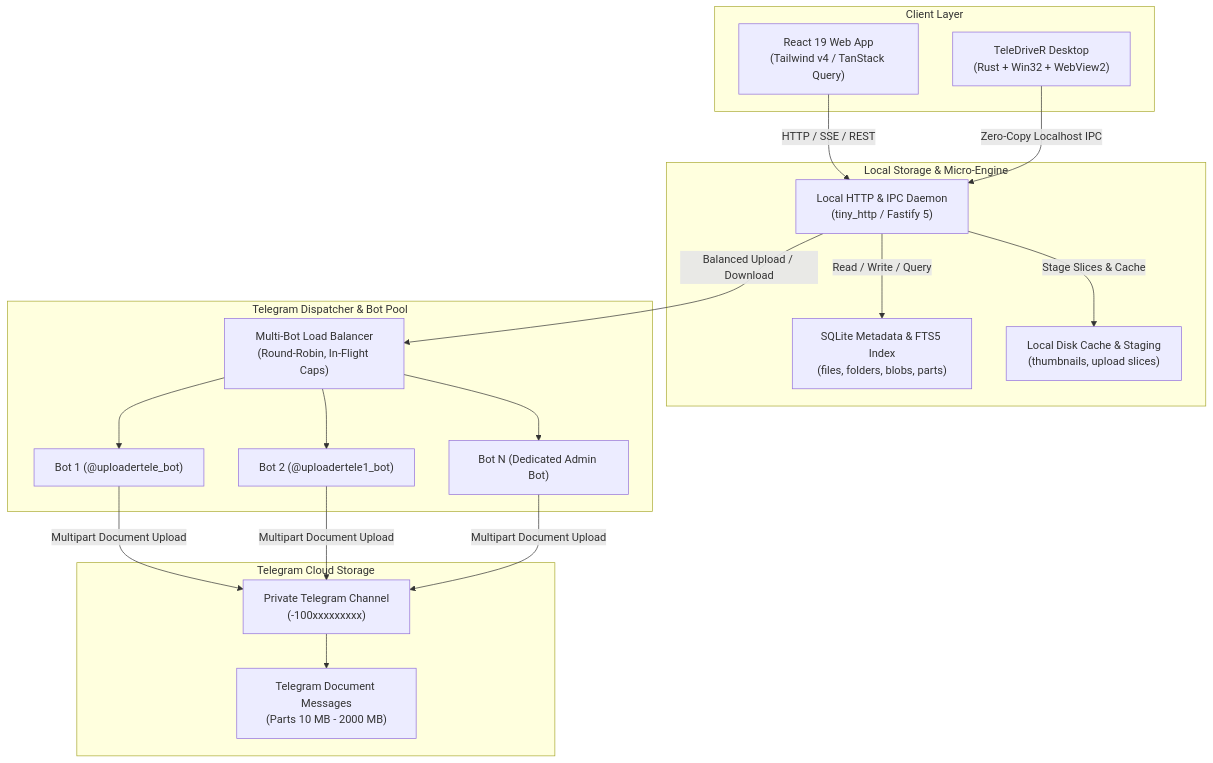
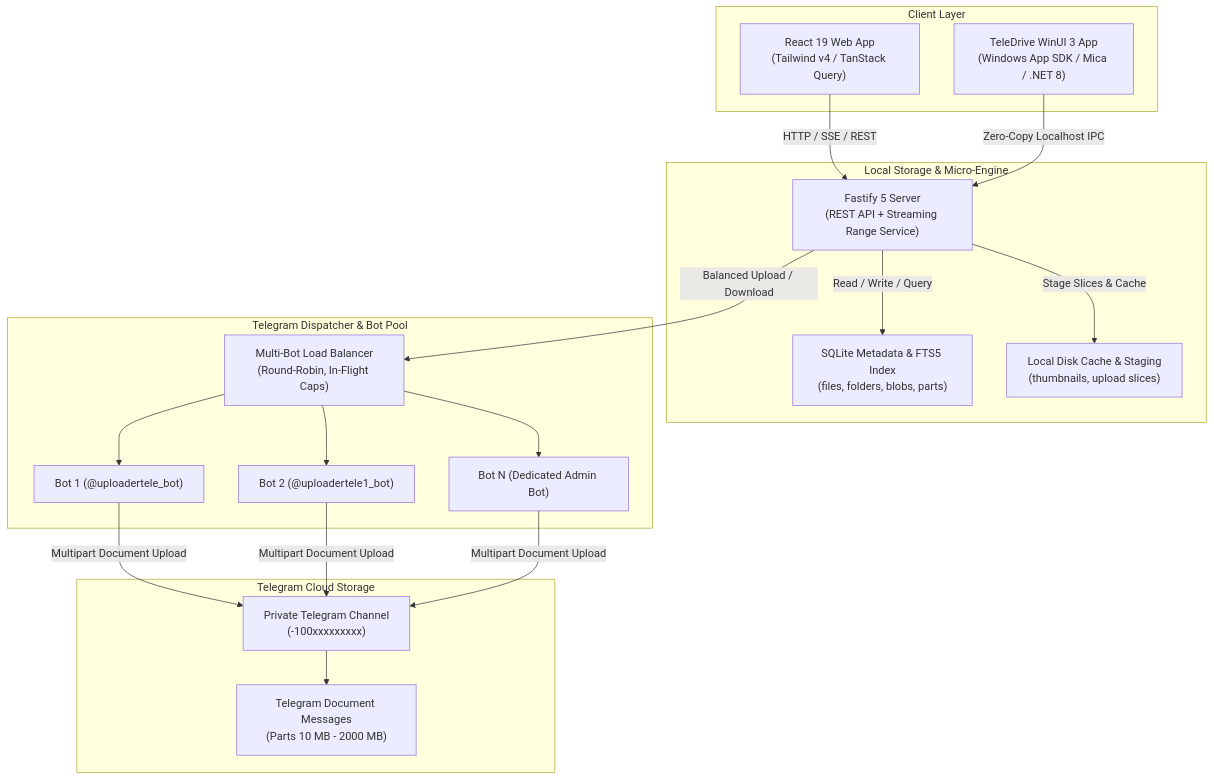
The first of 5 diagrams in README.md (1kailas/Teledrive), drawn with Mermaid before and after one commit. The commit also changed other lines of this file and 45 other files, not shown here.

Commit message:
chore: completely remove rust-desktop and release WinUI 3 desktop MSI

````diff
--- a/README.md
+++ b/README.md
@@ -40,38 +38,38 @@
 ```mermaid
 flowchart TD
     subgraph ClientLayer["Client Layer"]
         A["React 19 Web App<br/>(Tailwind v4 / TanStack Query)"]
-        B["TeleDriveR Desktop<br/>(Rust + Win32 + WebView2)"]
+        B["TeleDrive WinUI 3 App<br/>(Windows App SDK / Mica / .NET 8)"]
     end
 
     subgraph CoreEngine["Local Storage & Micro-Engine"]
-        C["Local HTTP & IPC Daemon<br/>(tiny_http / Fastify 5)"]
+        C["Fastify 5 Server<br/>(REST API + Streaming Range Service)"]
         D["SQLite Metadata & FTS5 Index<br/>(files, folders, blobs, parts)"]
         E["Local Disk Cache & Staging<br/>(thumbnails, upload slices)"]
     end
 
     subgraph BotPoolDispatcher["Telegram Dispatcher & Bot Pool"]
         F["Multi-Bot Load Balancer<br/>(Round-Robin, In-Flight Caps)"]
         G1["Bot 1 (@uploadertele_bot)"]
         G2["Bot 2 (@uploadertele1_bot)"]
         G3["Bot N (Dedicated Admin Bot)"]
     end
 
     subgraph StorageCloud["Telegram Cloud Storage"]
         H["Private Telegram Channel<br/>(-100xxxxxxxxx)"]
         I["Telegram Document Messages<br/>(Parts 10 MB - 2000 MB)"]
     end
 
     A -->|HTTP / SSE / REST| C
     B -->|Zero-Copy Localhost IPC| C
     C -->|Read / Write / Query| D
     C -->|Stage Slices & Cache| E
     C -->|Balanced Upload / Download| F
     F --> G1
     F --> G2
     F --> G3
     G1 -->|Multipart Document Upload| H
     G2 -->|Multipart Document Upload| H
     G3 -->|Multipart Document Upload| H
     H --> I
 ```
````
